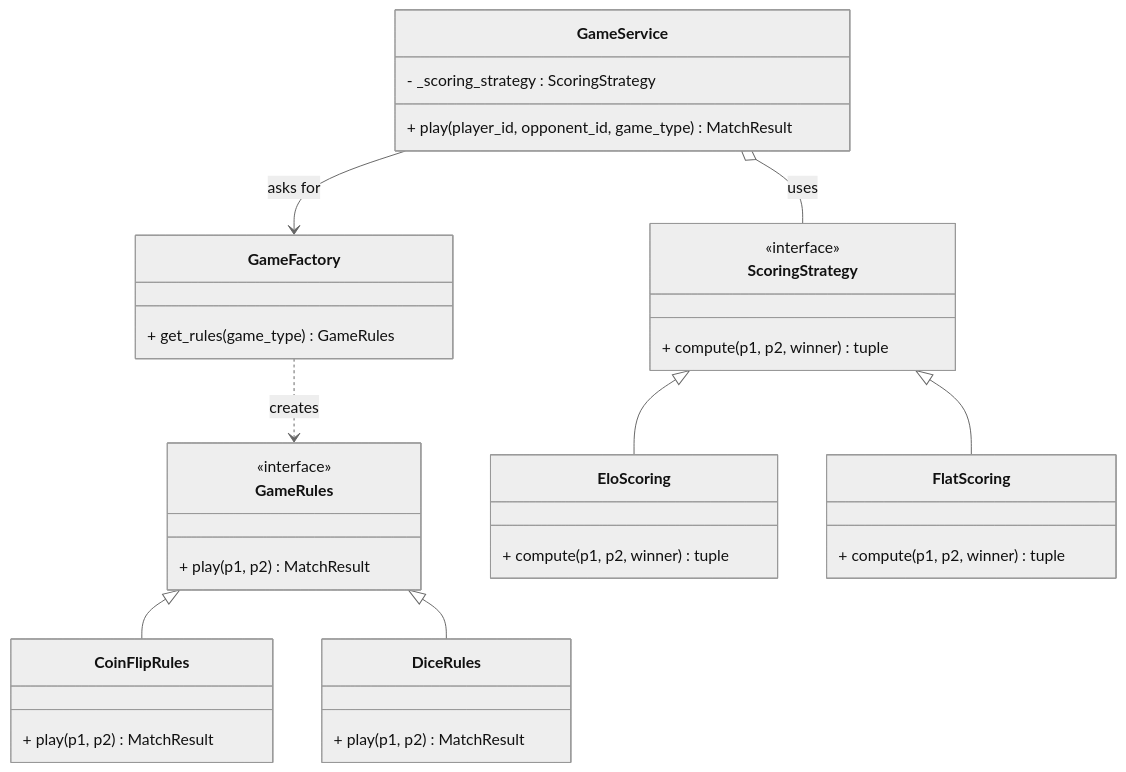
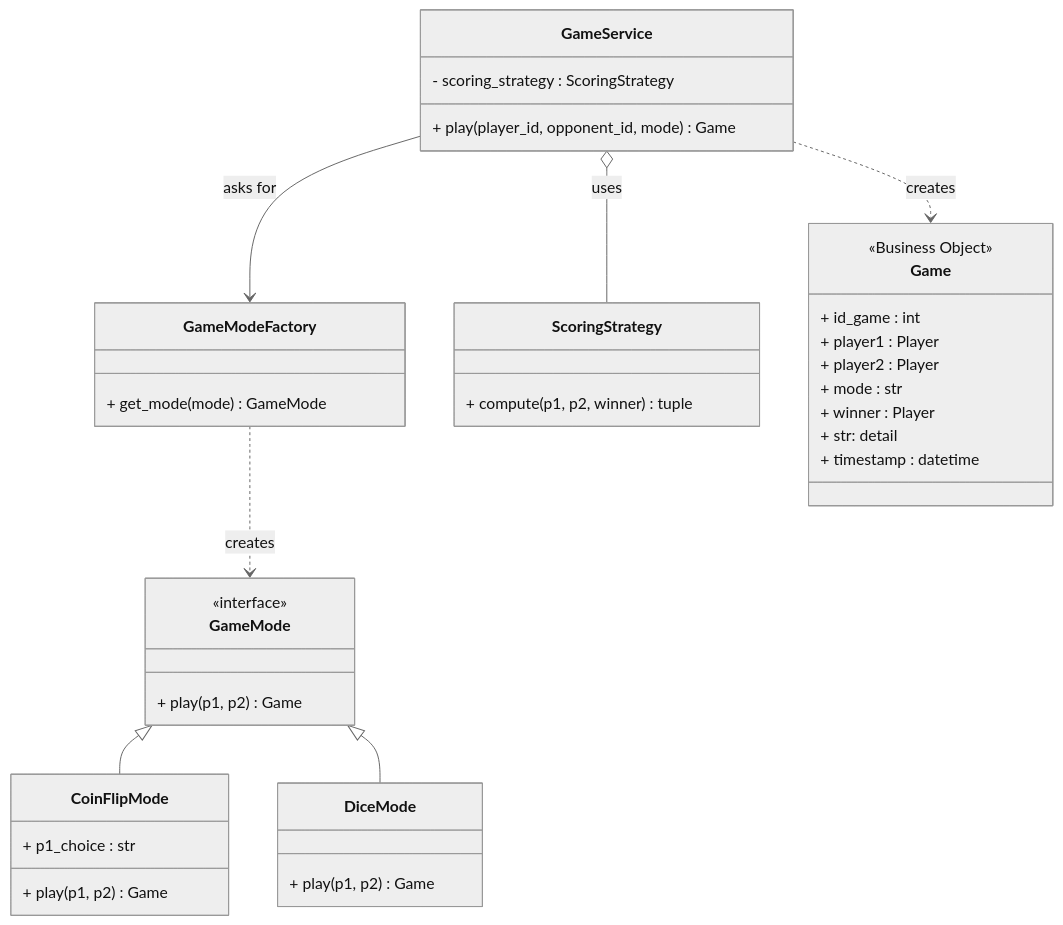
Before and after one commit to ludo2ne/ENSAI-2A-Projet-info: the first of 3 diagrams in quarto-site/doc/tp/tp2.qmd, drawn with Mermaid (neutral theme). The commit also changed other lines of this file and 4 other files, not shown here.

````diff
--- a/quarto-site/doc/tp/tp2.qmd
+++ b/quarto-site/doc/tp/tp2.qmd
@@ -58,45 +69,47 @@
 ```{mermaid}
 classDiagram
   class GameService {
-    - _scoring_strategy : ScoringStrategy
-    + play(player_id, opponent_id, game_type) MatchResult
+    - scoring_strategy : ScoringStrategy
+    + play(player_id, opponent_id, mode) Game
   }
 
-  class GameFactory {
-    + get_rules(game_type) GameRules
+  class GameModeFactory {
+    + get_mode(mode) GameMode
   }
 
-  class GameRules {
+  class GameMode {
     <<interface>>
-    + play(p1, p2) MatchResult
+    + play(p1, p2) Game
   }
 
   class ScoringStrategy {
-    <<interface>>
     + compute(p1, p2, winner) tuple
   }
 
-  class CoinFlipRules {
-    + play(p1, p2) MatchResult
+  class CoinFlipMode {
+    + p1_choice : str
+    + play(p1, p2) Game
   }
 
-  class DiceRules {
-    + play(p1, p2) MatchResult
+  class DiceMode {
+    + play(p1, p2) Game
   }
 
-  class EloScoring {
-    + compute(p1, p2, winner) tuple
-  }
-
-  class FlatScoring {
-    + compute(p1, p2, winner) tuple
+  class Game {
+    <<Business Object>>
+    + id_game : int
+    + player1 : Player
+    + player2 : Player
+    + mode : str
+    + winner : Player
+    + str: detail
+    + timestamp : datetime
   }
 
   GameService o-- ScoringStrategy : uses
-  GameService --> GameFactory : asks for
-  GameFactory ..> GameRules : creates
-  GameRules <|-- CoinFlipRules
-  GameRules <|-- DiceRules
-  ScoringStrategy <|-- EloScoring
-  ScoringStrategy <|-- FlatScoring
+  GameService --> GameModeFactory : asks for
+  GameModeFactory ..> GameMode : creates
+  GameMode <|-- CoinFlipMode
+  GameMode <|-- DiceMode
+  GameService ..> Game : creates
 ```
````
